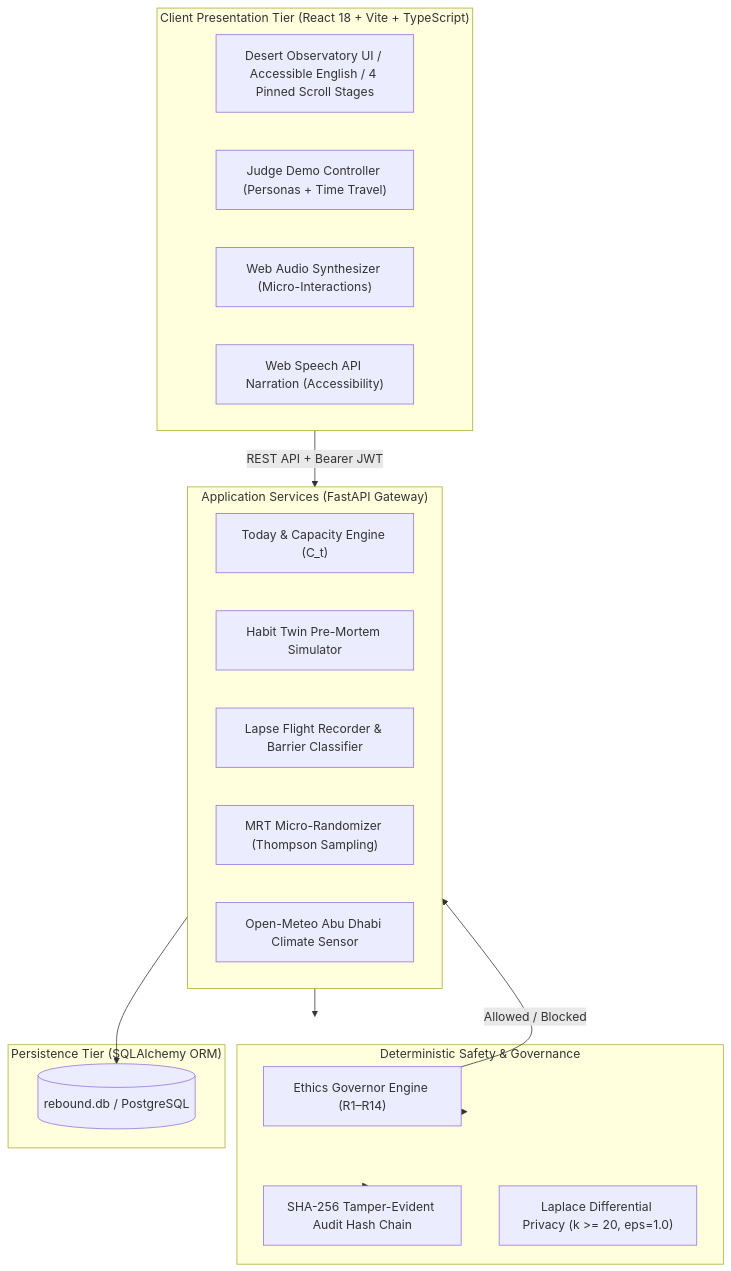
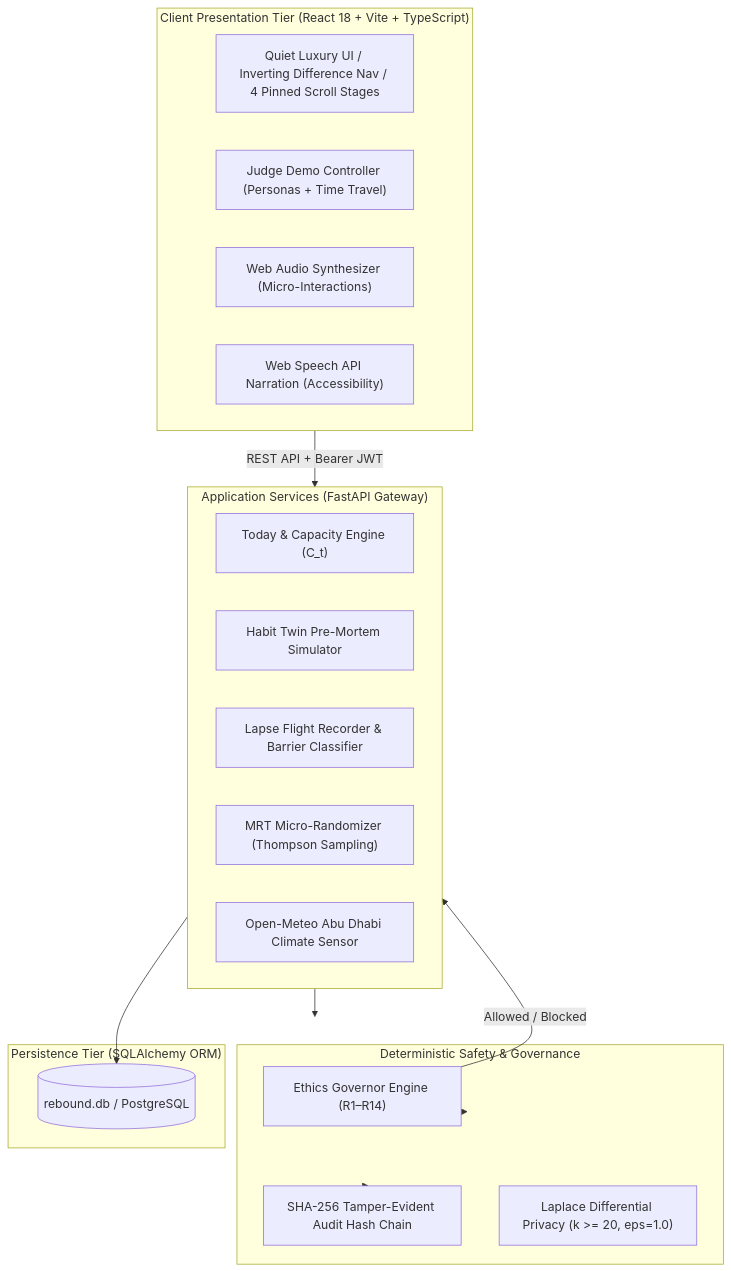
One commit to Mayank-iitj/Rebound changed the second of 5 diagrams in README.md. Above: the diagram before and after it, drawn with Mermaid. The commit also changed other lines of this file, not shown here.

Commit message:
docs(readme): document quiet luxury scroll choreography, redrawn canvas diagrams, and polar loop plates

````diff
--- a/README.md
+++ b/README.md
@@ -87,34 +92,34 @@
 ```mermaid
 flowchart TD
     subgraph Client ["Client Presentation Tier (React 18 + Vite + TypeScript)"]
-        UI["Desert Observatory UI / Accessible English / 4 Pinned Scroll Stages"]
+        UI["Quiet Luxury UI / Inverting Difference Nav / 4 Pinned Scroll Stages"]
         Demo["Judge Demo Controller (Personas + Time Travel)"]
         Sound["Web Audio Synthesizer (Micro-Interactions)"]
         TTS["Web Speech API Narration (Accessibility)"]
     end
 
     subgraph API ["Application Services (FastAPI Gateway)"]
         TodaySvc["Today & Capacity Engine (C_t)"]
         SimEngine["Habit Twin Pre-Mortem Simulator"]
         FlightSvc["Lapse Flight Recorder & Barrier Classifier"]
         BanditSvc["MRT Micro-Randomizer (Thompson Sampling)"]
         WeatherSvc["Open-Meteo Abu Dhabi Climate Sensor"]
     end
 
     subgraph Security ["Deterministic Safety & Governance"]
         Gov["Ethics Governor Engine (R1–R14)"]
         Audit["SHA-256 Tamper-Evident Audit Hash Chain"]
         DP["Laplace Differential Privacy (k >= 20, eps=1.0)"]
     end
 
     subgraph Persistence ["Persistence Tier (SQLAlchemy ORM)"]
         DB[(rebound.db / PostgreSQL)]
     end
 
     Client -->|REST API + Bearer JWT| API
     API --> Security
     Security --> Gov
     Gov -->|Allowed / Blocked| API
     API --> DB
     Security --> Audit
 ```
````
